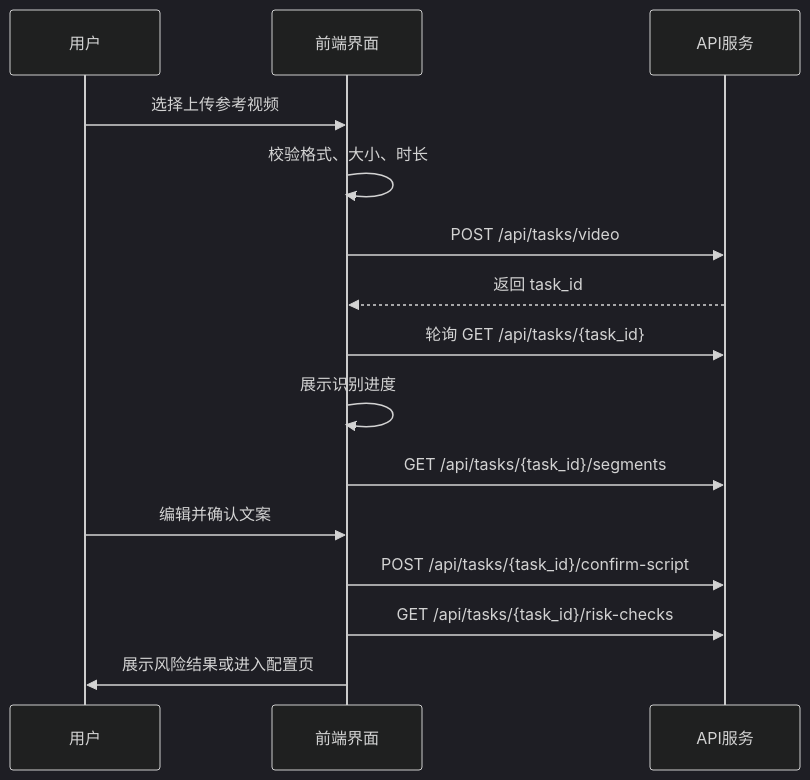
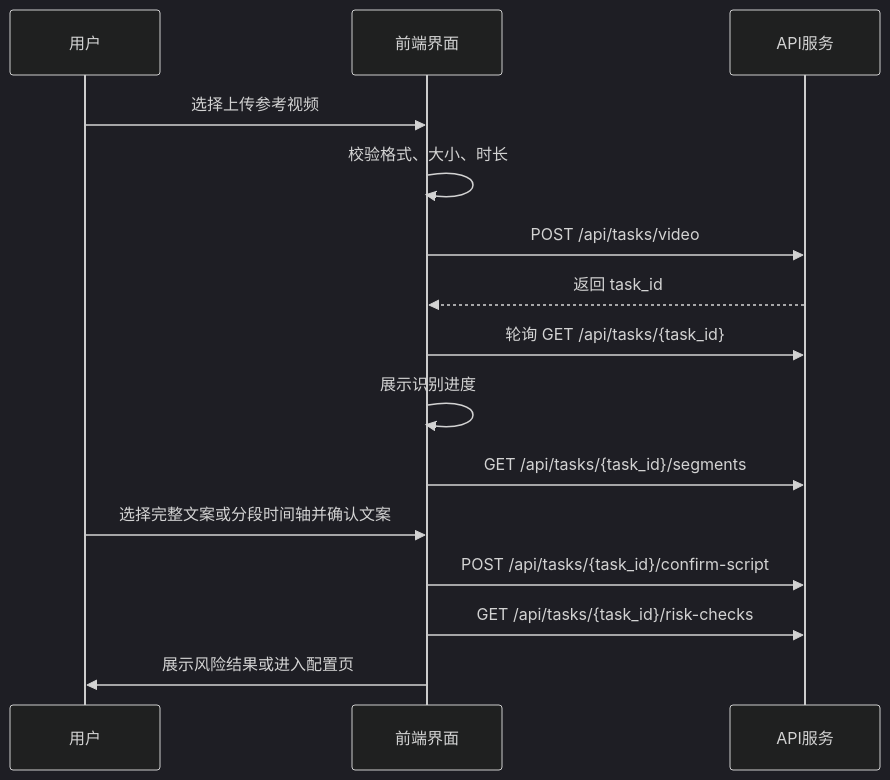
Before and after one commit to AlphaSphere/DigitalHuman: the second of 3 diagrams in docs/ui-design.md, drawn with Mermaid (dark theme). The commit also changed other lines of this file and 11 other files, not shown here.

Commit message:
Update generation flow and docs alignment

````diff
--- a/docs/ui-design.md
+++ b/docs/ui-design.md
@@ -99,18 +99,18 @@
 ```mermaid
 sequenceDiagram
   participant User as 用户
   participant UI as 前端界面
   participant API as API服务
 
   User->>UI: 选择上传参考视频
   UI->>UI: 校验格式、大小、时长
   UI->>API: POST /api/tasks/video
   API-->>UI: 返回 task_id
   UI->>API: 轮询 GET /api/tasks/{task_id}
   UI->>UI: 展示识别进度
   UI->>API: GET /api/tasks/{task_id}/segments
-  User->>UI: 编辑并确认文案
+  User->>UI: 选择完整文案或分段时间轴并确认文案
   UI->>API: POST /api/tasks/{task_id}/confirm-script
   UI->>API: GET /api/tasks/{task_id}/risk-checks
   UI->>User: 展示风险结果或进入配置页
 ```
````
